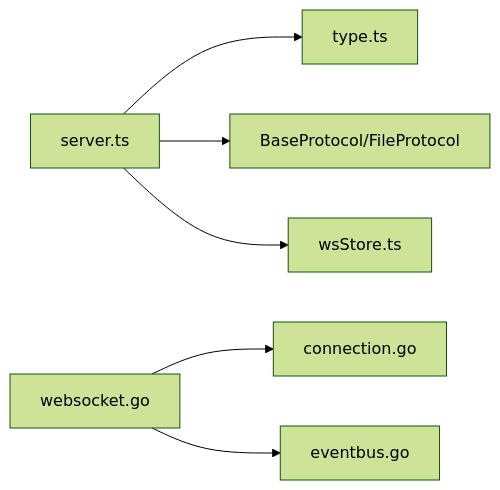
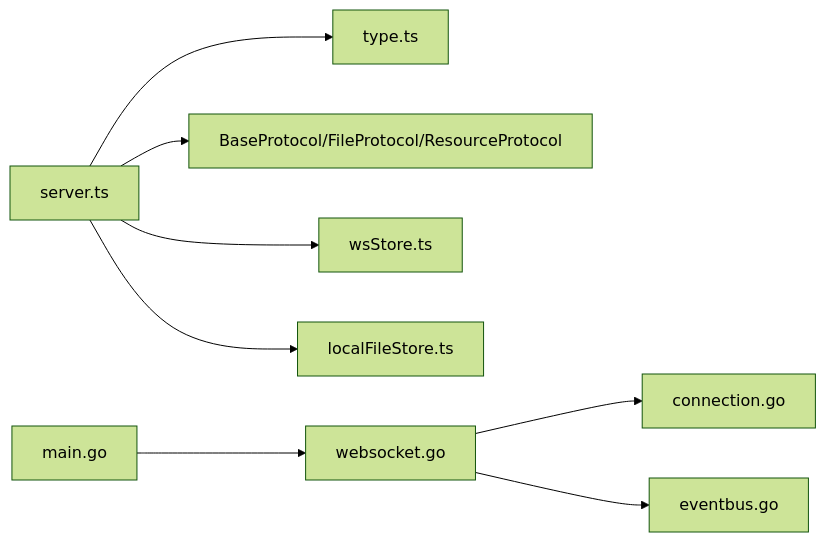
Before and after one commit to kqcoxn/MaaPipelineEditor: the sixth of 6 diagrams in .qoder/repowiki/zh/content/开发者指南/WebSocket 状态管理.md, drawn with Mermaid (forest theme). The commit also changed other lines of this file and 10 other files, not shown here.

````diff
--- a/.qoder/repowiki/zh/content/开发者指南/WebSocket 状态管理.md
+++ b/.qoder/repowiki/zh/content/开发者指南/WebSocket 状态管理.md
@@ -306,8 +361,10 @@
 ```mermaid
 graph LR
 FE_Server["server.ts"] --> FE_Type["type.ts"]
-FE_Server --> FE_Protocols["BaseProtocol/FileProtocol"]
+FE_Server --> FE_Protocols["BaseProtocol/FileProtocol/ResourceProtocol"]
 FE_Server --> FE_Store["wsStore.ts"]
+FE_Server --> FE_LFS["localFileStore.ts"]
 BE_Server["websocket.go"] --> BE_Connection["connection.go"]
 BE_Server --> BE_EventBus["eventbus.go"]
+BE_Main["main.go"] --> BE_Server
 ```
````
